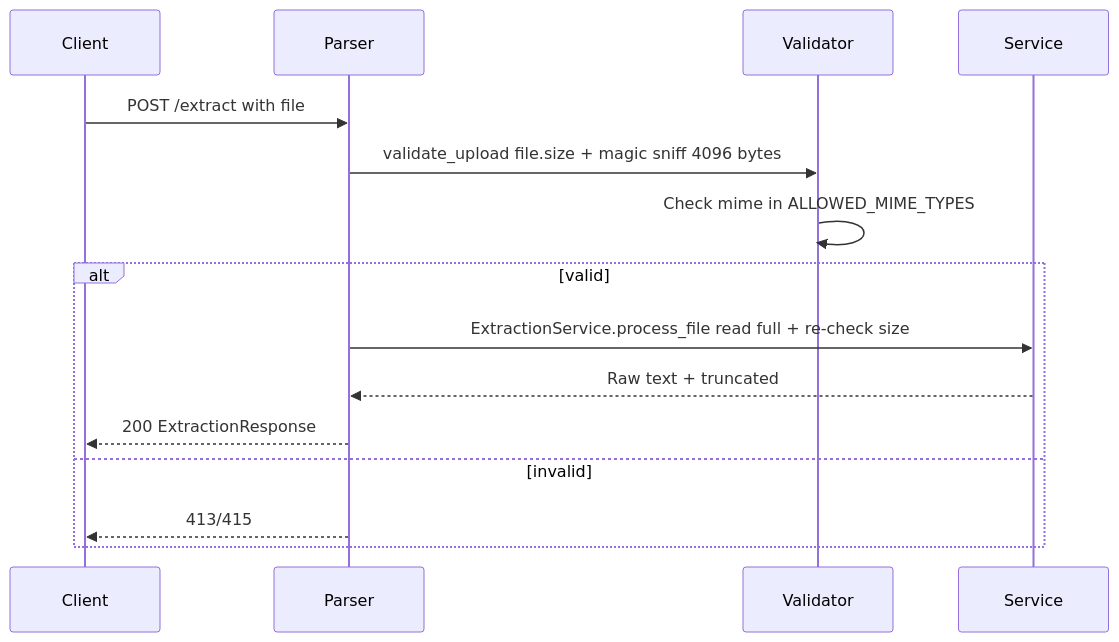
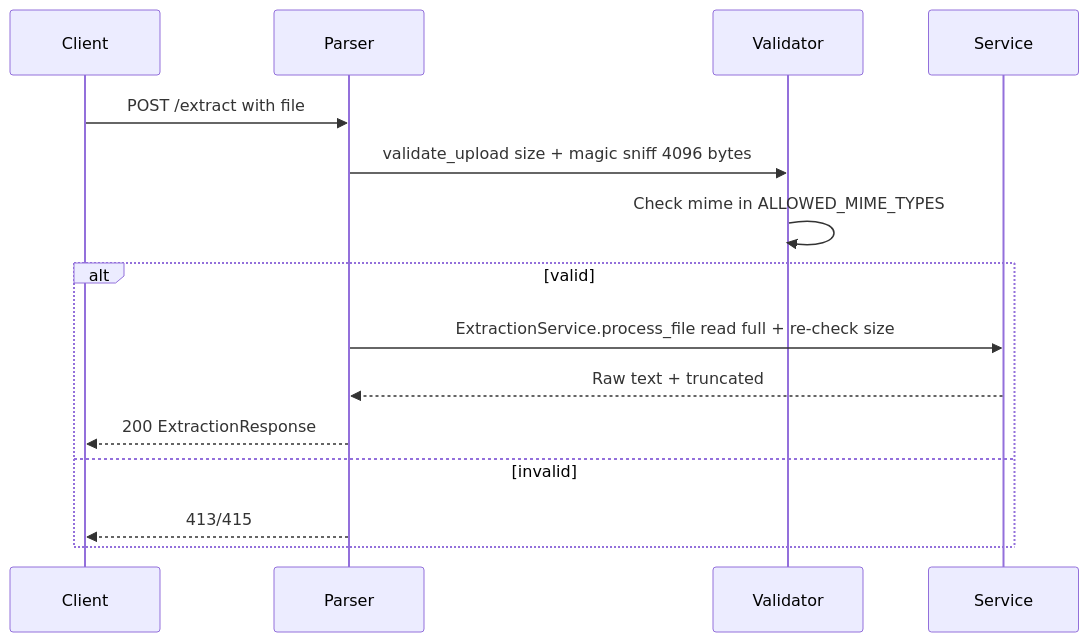
The first of 2 diagrams in services/document-parser/docs/components/validation.md (kunalPisolkar24/detectAI), drawn with Mermaid before and after one commit. The commit also changed other lines of this file and 9 other files, not shown here.

````diff
--- a/services/document-parser/docs/components/validation.md
+++ b/services/document-parser/docs/components/validation.md
@@ -27,17 +27,17 @@
 ```mermaid
 sequenceDiagram
     participant Client
     participant DP as Parser
     participant V as Validator
     participant S as Service
     Client->>DP: POST /extract with file
-    DP->>V: validate_upload file.size + magic sniff 4096 bytes
+    DP->>V: validate_upload size + magic sniff 4096 bytes
     V->>V: Check mime in ALLOWED_MIME_TYPES
     alt valid
         DP->>S: ExtractionService.process_file read full + re-check size
         S-->>DP: Raw text + truncated
         DP-->>Client: 200 ExtractionResponse
     else invalid
         DP-->>Client: 413/415
     end
 ```
````
